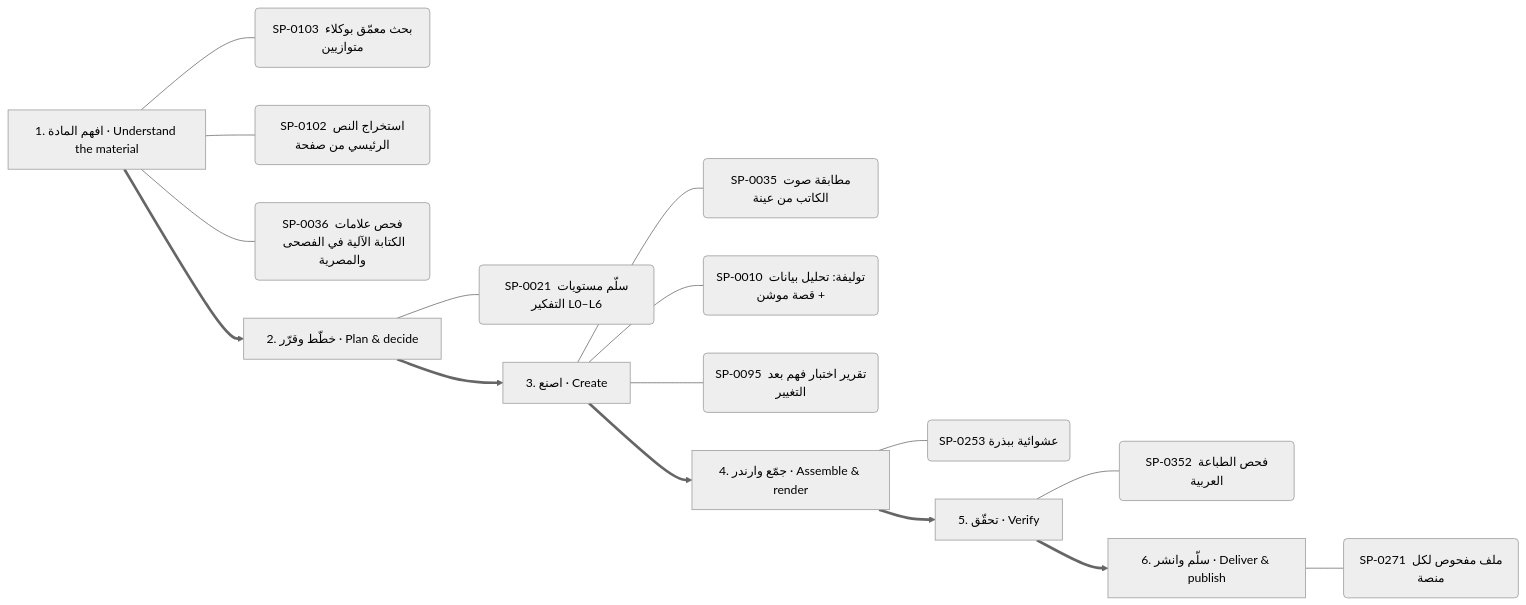
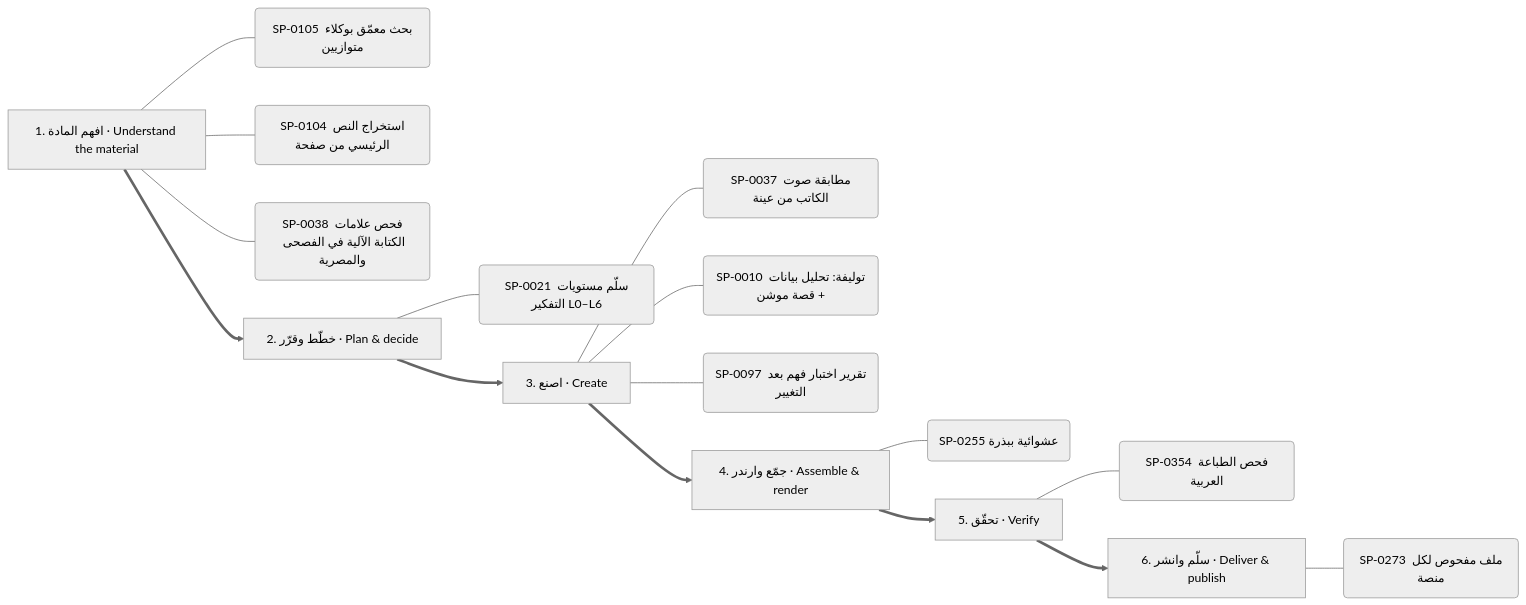
Before and after one commit to kosif199022-jpg/kosif-tool: diagram 13 of 13 in .claude/skills/kosif-superpowers/references/capability-mindmap.md, drawn with Mermaid (neutral theme). The commit also changed other lines of this file and 65 other files, not shown here.

````diff
--- a/.claude/skills/kosif-superpowers/references/capability-mindmap.md
+++ b/.claude/skills/kosif-superpowers/references/capability-mindmap.md
@@ -637,24 +637,24 @@
 ```mermaid
 flowchart LR
   S0["1. افهم المادة · Understand the material"]
-  S0 --- S0_0("SP-0103 بحث معمّق بوكلاء متوازيين")
-  S0 --- S0_1("SP-0102 استخراج النص الرئيسي من صفحة")
-  S0 --- S0_2("SP-0036 فحص علامات الكتابة الآلية في الفصحى والمصرية")
+  S0 --- S0_0("SP-0105 بحث معمّق بوكلاء متوازيين")
+  S0 --- S0_1("SP-0104 استخراج النص الرئيسي من صفحة")
+  S0 --- S0_2("SP-0038 فحص علامات الكتابة الآلية في الفصحى والمصرية")
   S1["2. خطّط وقرّر · Plan & decide"]
   S1 --- S1_0("SP-0021 سلّم مستويات التفكير L0–L6")
   S0 ==> S1
   S2["3. اصنع · Create"]
-  S2 --- S2_0("SP-0035 مطابقة صوت الكاتب من عينة")
+  S2 --- S2_0("SP-0037 مطابقة صوت الكاتب من عينة")
   S2 --- S2_1("SP-0010 توليفة: تحليل بيانات + قصة موشن")
-  S2 --- S2_2("SP-0095 تقرير اختبار فهم بعد التغيير")
+  S2 --- S2_2("SP-0097 تقرير اختبار فهم بعد التغيير")
   S1 ==> S2
   S3["4. جمّع وارندر · Assemble & render"]
-  S3 --- S3_0("SP-0253 عشوائية ببذرة")
+  S3 --- S3_0("SP-0255 عشوائية ببذرة")
   S2 ==> S3
   S4["5. تحقّق · Verify"]
-  S4 --- S4_0("SP-0352 فحص الطباعة العربية")
+  S4 --- S4_0("SP-0354 فحص الطباعة العربية")
   S3 ==> S4
   S5["6. سلّم وانشر · Deliver & publish"]
-  S5 --- S5_0("SP-0271 ملف مفحوص لكل منصة")
+  S5 --- S5_0("SP-0273 ملف مفحوص لكل منصة")
   S4 ==> S5
 ```
````
